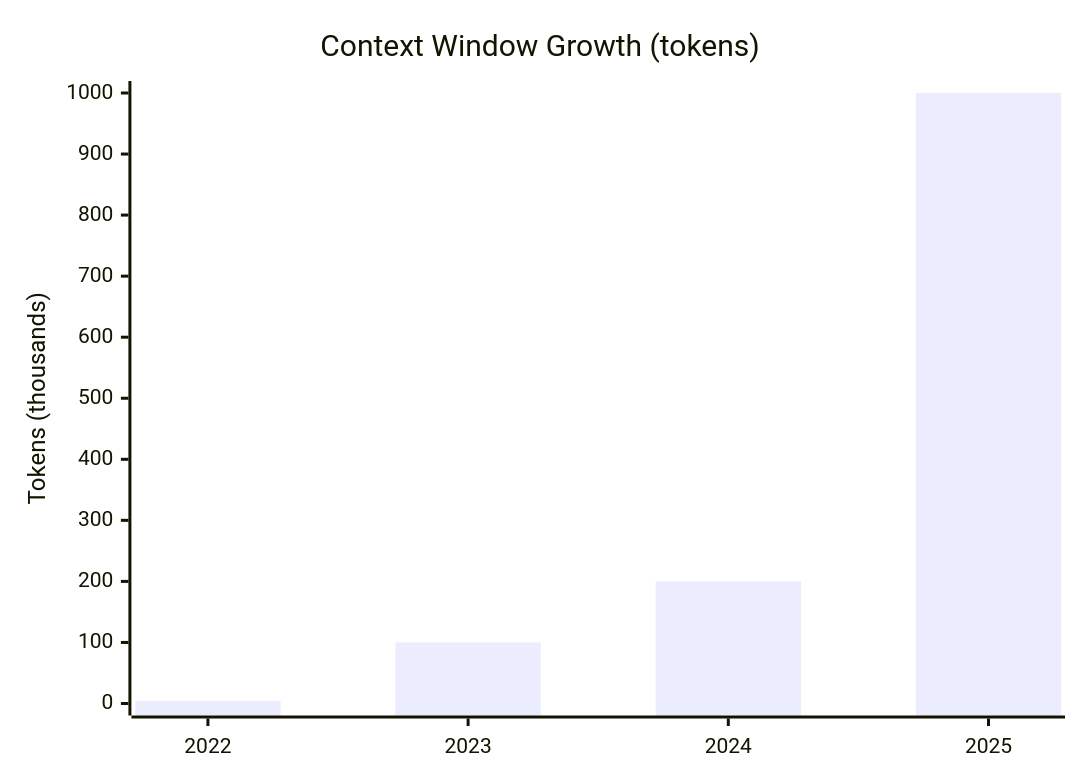
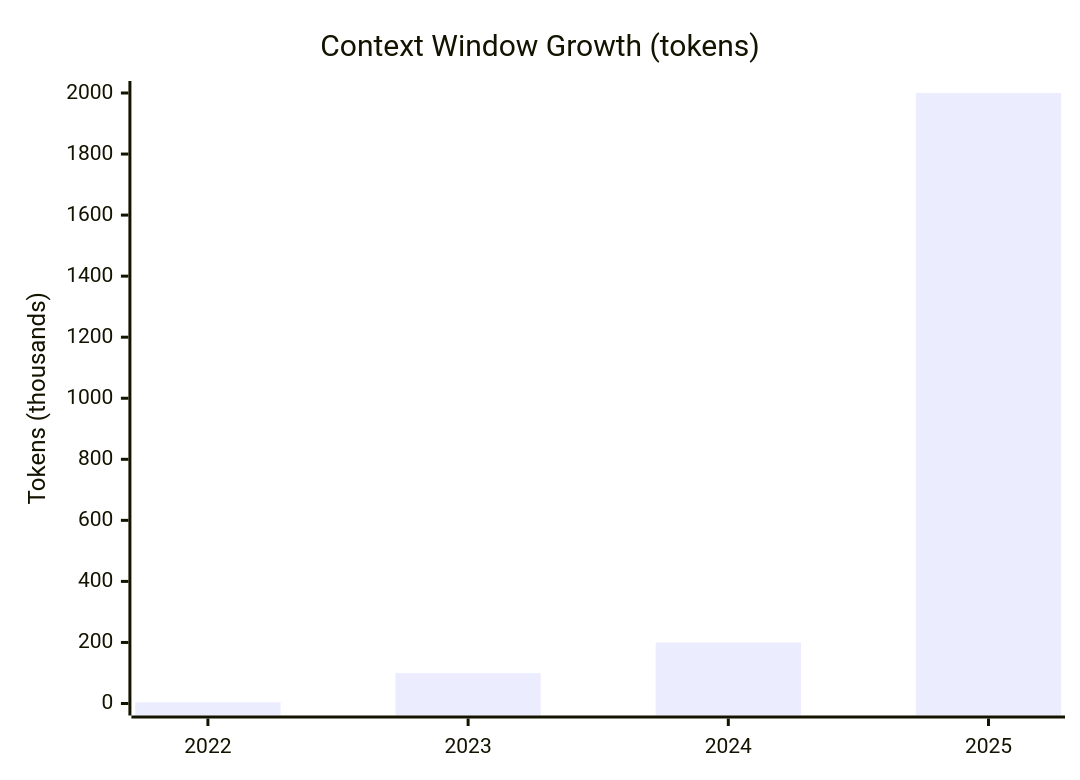
Before and after one commit to kousen/ragdemo: the fourth of 5 diagrams in diagrams/context-window-diagrams.md, drawn with Mermaid. The commit also changed other lines of this file and 1 other file, not shown here.

Commit message:
Update context window sizes to include Gemini 3
- Add Gemini 3 Flash (1M tokens) and Gemini 3 Pro (2M tokens) to timeline
- Update bar chart scale to 2M
- Update prompter script to reference Gemini 3 Pro's 2M context

````diff
--- a/diagrams/context-window-diagrams.md
+++ b/diagrams/context-window-diagrams.md
@@ -69,7 +71,7 @@
 ```mermaid
 xychart-beta
     title "Context Window Growth (tokens)"
     x-axis [2022, 2023, 2024, 2025]
-    y-axis "Tokens (thousands)" 0 --> 1000
-    bar [4, 100, 200, 1000]
+    y-axis "Tokens (thousands)" 0 --> 2000
+    bar [4, 100, 200, 2000]
 ```
````
